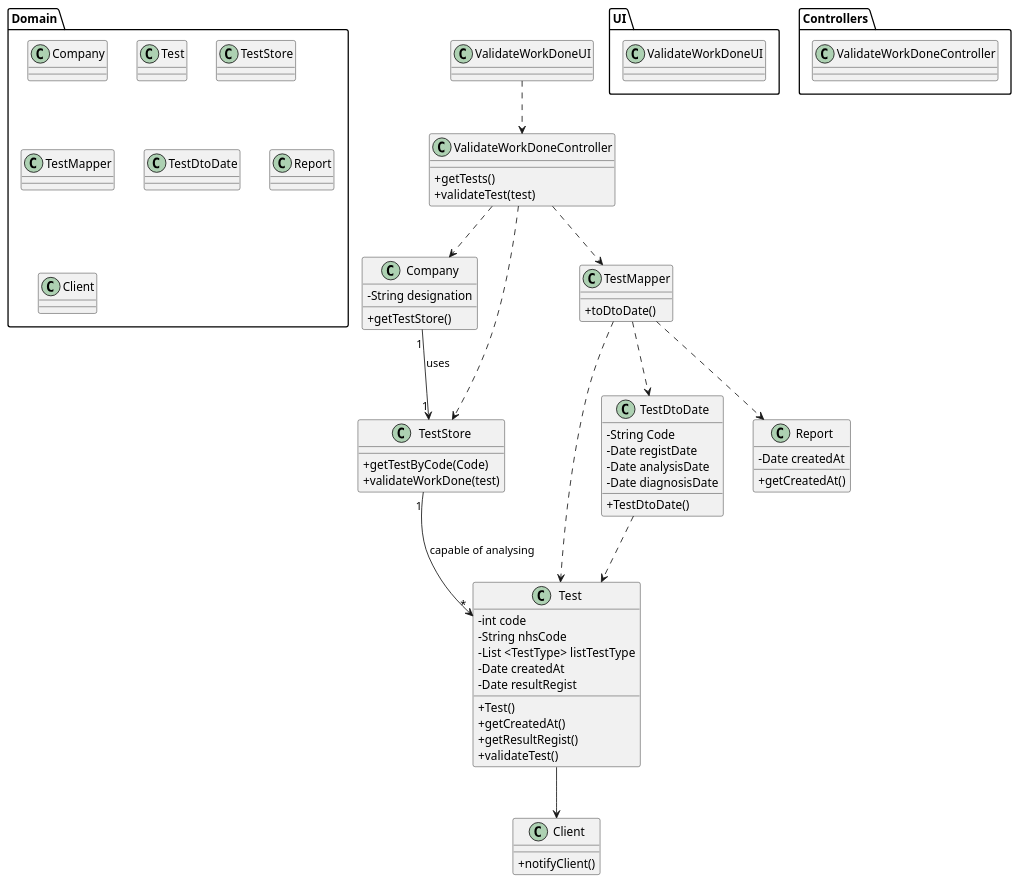
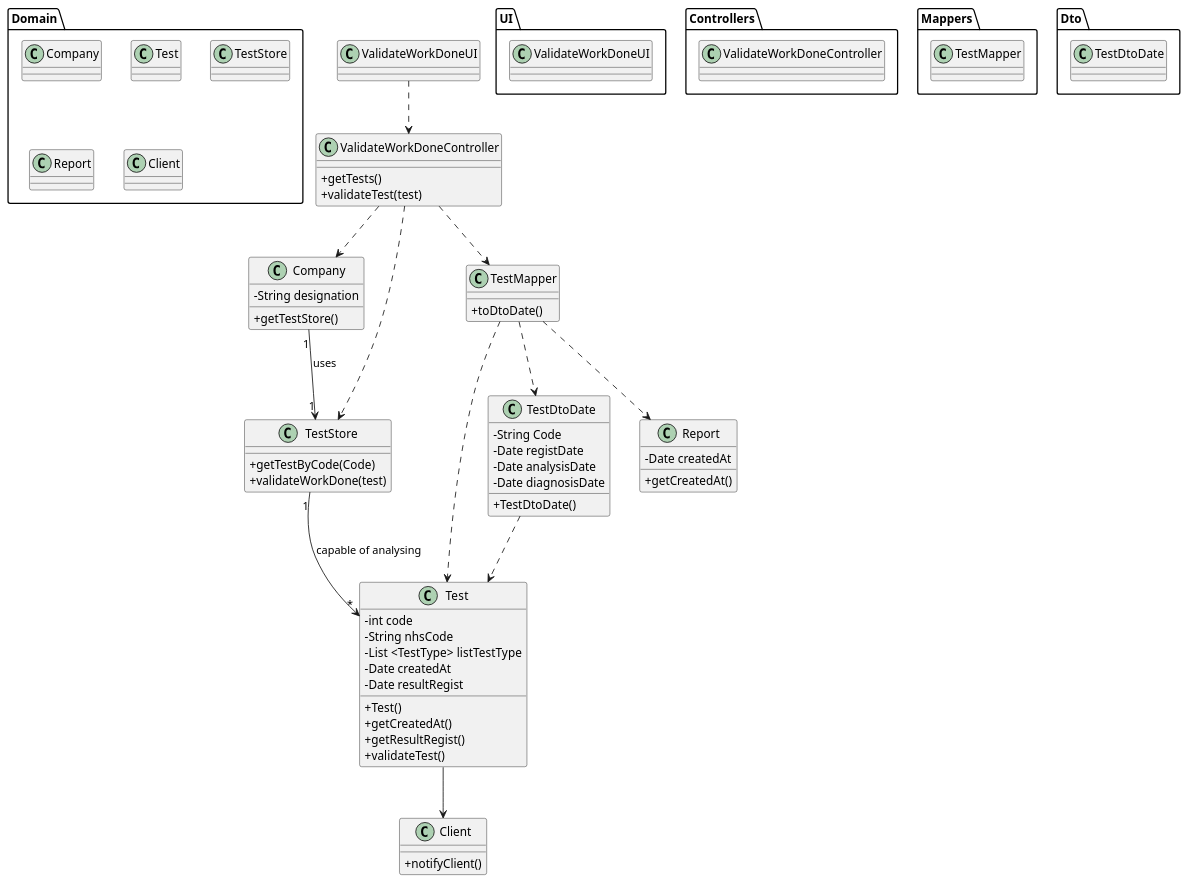
Before and after one commit to Pedromaia26/LAPR2-ISEP: the diagram in docs/SprintC/US15_ValidateTheWorkDone/US15_CD.puml, drawn with PlantUML. The commit also changed 1 other file, not shown here.

Commit message:
US15 add package DTO and Mappers to CD

```diff
--- a/docs/SprintC/US15_ValidateTheWorkDone/US15_CD.puml
+++ b/docs/SprintC/US15_ValidateTheWorkDone/US15_CD.puml
@@ -1,87 +1,93 @@
 @startuml
 skinparam classAttributeIconSize 0
 package UI  {
   class ValidateWorkDoneUI
 }
 
 package Controllers {
   class ValidateWorkDoneController
 }
 
 package Domain {
   class Company
   class Test
   class TestStore
-  class TestMapper
-  class TestDtoDate
   class Report
   class Client
+}
+
+package Mappers {
+  class TestMapper
+}
+
+package Dto {
+  class TestDtoDate
 }
 
 class Company
 {
   -String designation
   +getTestStore()
 }
 
 
 class Test {
   -int code
   -String nhsCode
   -List <TestType> listTestType
   -Date createdAt
   -Date resultRegist
   +Test()
   +getCreatedAt()
   +getResultRegist()
   +validateTest()
 }
 
 class TestStore {
   +getTestByCode(Code)
   +validateWorkDone(test)
 }
 
 
 class ValidateWorkDoneController {
   +getTests()
   +validateTest(test)
 }
 
 class ValidateWorkDoneUI {
 
 }
 
 class TestMapper {
    +toDtoDate()
 }
 
 class TestDtoDate {
   -String Code
   -Date registDate
   -Date analysisDate
   -Date diagnosisDate
   +TestDtoDate()
 }
 class Report {
   -Date createdAt
   +getCreatedAt()
 }
 
 class Client {
   +notifyClient()
 }
 
 
 ValidateWorkDoneUI ..> ValidateWorkDoneController
 ValidateWorkDoneController ..> TestStore
 ValidateWorkDoneController ..> Company
 ValidateWorkDoneController ..> TestMapper
 TestMapper ..> Test
 TestMapper ..> TestDtoDate
 TestMapper ..> Report
 TestDtoDate ..> Test
 Test --> Client
 TestStore "1" --> "*" Test : capable of analysing
 Company "1" --> "1" TestStore : uses
 @enduml
```
